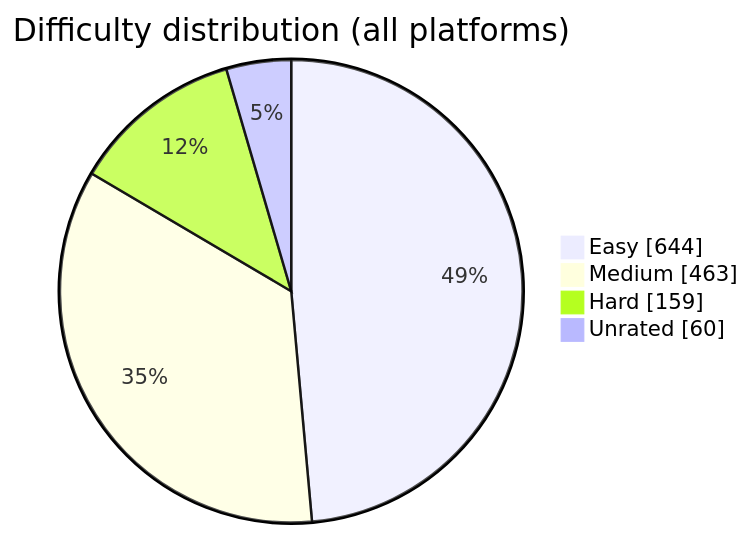
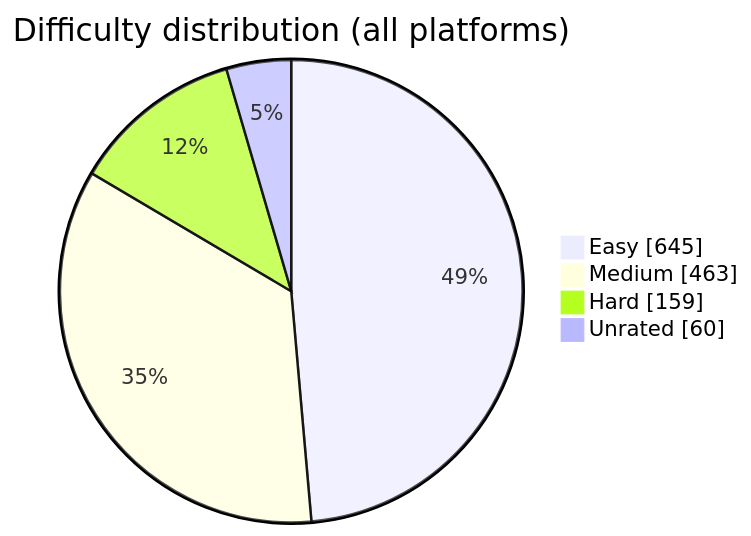
The diagram in README.md (BuildbyArindam/Daily-Coding-Log), drawn with Mermaid before and after one commit. The commit also changed other lines of this file, not shown here.

````diff
--- a/README.md
+++ b/README.md
@@ -93,7 +93,7 @@
 ```mermaid
 pie showData title Difficulty distribution (all platforms)
-    "Easy" : 644
+    "Easy" : 645
     "Medium" : 463
     "Hard" : 159
     "Unrated" : 60
 ```
````
